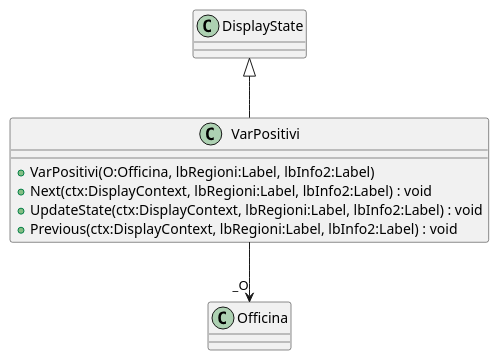
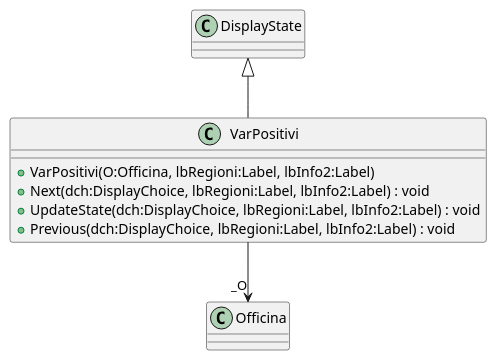
Before and after one commit to Matteoserafini-lab/PMO_Proj-DatiCovid: the diagram in uml/Properties/State/VarPositivi.puml, drawn with PlantUML. The commit also changed 737 other files, not shown here.

```diff
--- a/uml/Properties/State/VarPositivi.puml
+++ b/uml/Properties/State/VarPositivi.puml
@@ -1,10 +1,10 @@
 @startuml
 class VarPositivi {
     + VarPositivi(O:Officina, lbRegioni:Label, lbInfo2:Label)
-    + Next(ctx:DisplayContext, lbRegioni:Label, lbInfo2:Label) : void
-    + UpdateState(ctx:DisplayContext, lbRegioni:Label, lbInfo2:Label) : void
-    + Previous(ctx:DisplayContext, lbRegioni:Label, lbInfo2:Label) : void
+    + Next(dch:DisplayChoice, lbRegioni:Label, lbInfo2:Label) : void
+    + UpdateState(dch:DisplayChoice, lbRegioni:Label, lbInfo2:Label) : void
+    + Previous(dch:DisplayChoice, lbRegioni:Label, lbInfo2:Label) : void
 }
 DisplayState <|-- VarPositivi
 VarPositivi --> "_O" Officina
 @enduml
```
